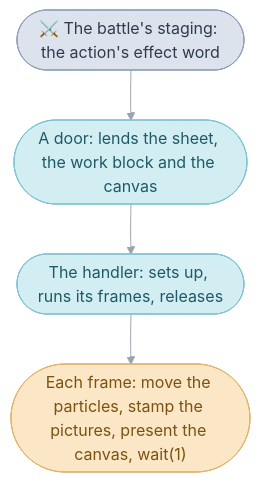
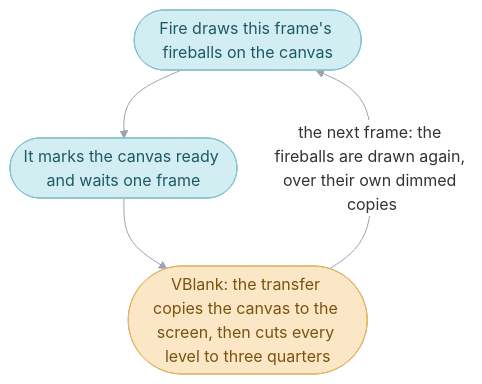
Before and after one commit to PascalPixel/alchemy: the first of 3 diagrams in games/tbs/src/battle_effect/README.md, drawn with Mermaid. The commit also changed other lines of this file and 20 other files, not shown here.

````diff
--- a/games/tbs/src/battle_effect/README.md
+++ b/games/tbs/src/battle_effect/README.md
@@ -37,13 +209,13 @@
 ```mermaid
 %%{init: {"theme": "base", "themeVariables": {"lineColor": "#9AA3AE", "edgeLabelBackground": "#FFFFFF"}, "flowchart": {"curve": "basis", "padding": 12}}}%%
 flowchart TD
-  staging(["⚔️ The battle's staging: the action's effect word"]) --> door(["A door: lends the sheet, the work block and the canvas"])
-  door --> handler(["The handler: sets up, runs its frames, releases"])
-  handler --> frame(["Each frame: move the particles, stamp the pictures, present the canvas, wait(1)"])
+  draw(["Fire draws this frame's fireballs on the canvas"]) --> present(["It marks the canvas ready and waits one frame"])
+  present --> vblank(["VBlank: the transfer copies the canvas to the screen, then cuts every level to three quarters"])
+  vblank -- "the next frame: the fireballs are drawn again, over their own dimmed copies" --> draw
   classDef mainRoutine fill:#DDE3EC,stroke:#8FA0B8,color:#2E3C50
   classDef sequence fill:#D2EEF3,stroke:#7FC3D0,color:#1E5966
   classDef frame fill:#FBE7C6,stroke:#E0B46A,color:#7A5212
-  class staging mainRoutine
-  class door,handler sequence
-  class frame frame
+  class draw sequence
+  class present sequence
+  class vblank frame
 ```
````
